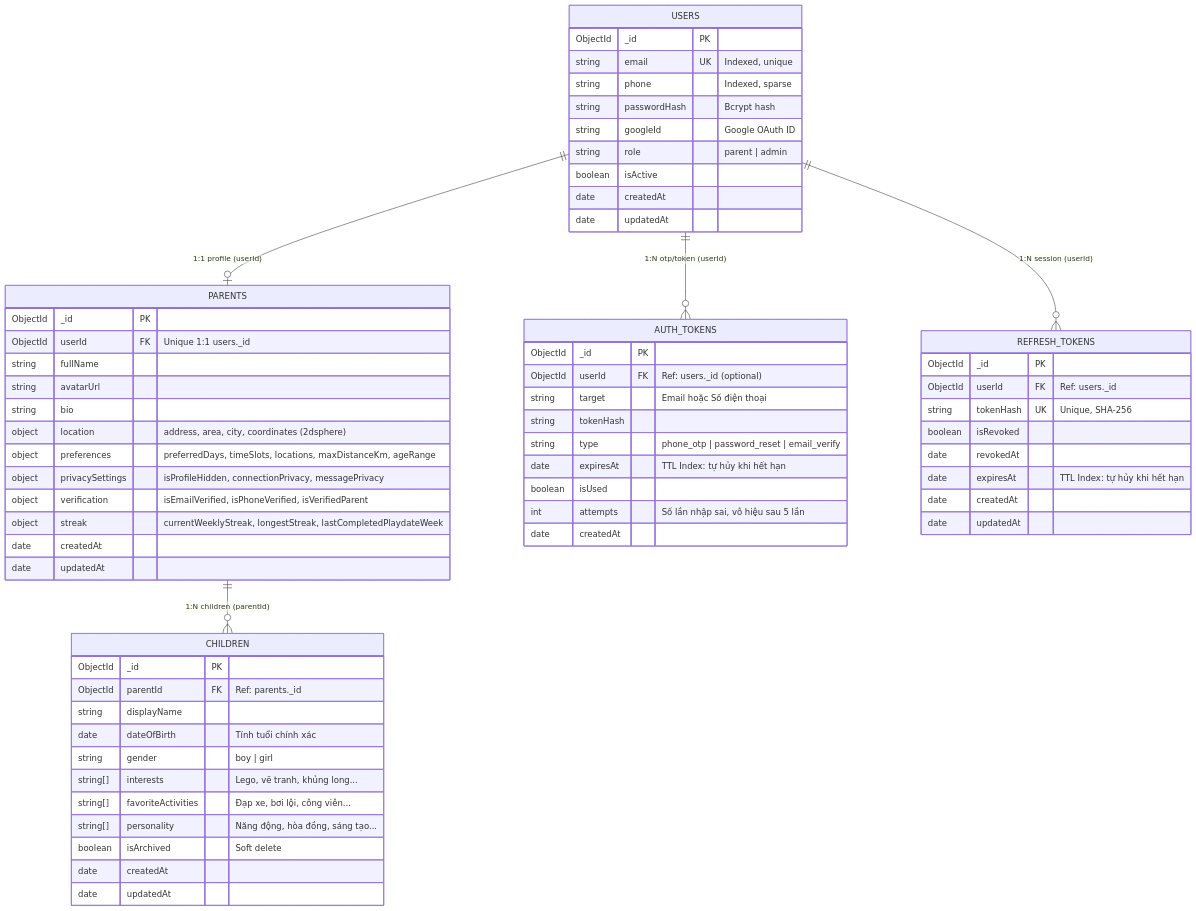
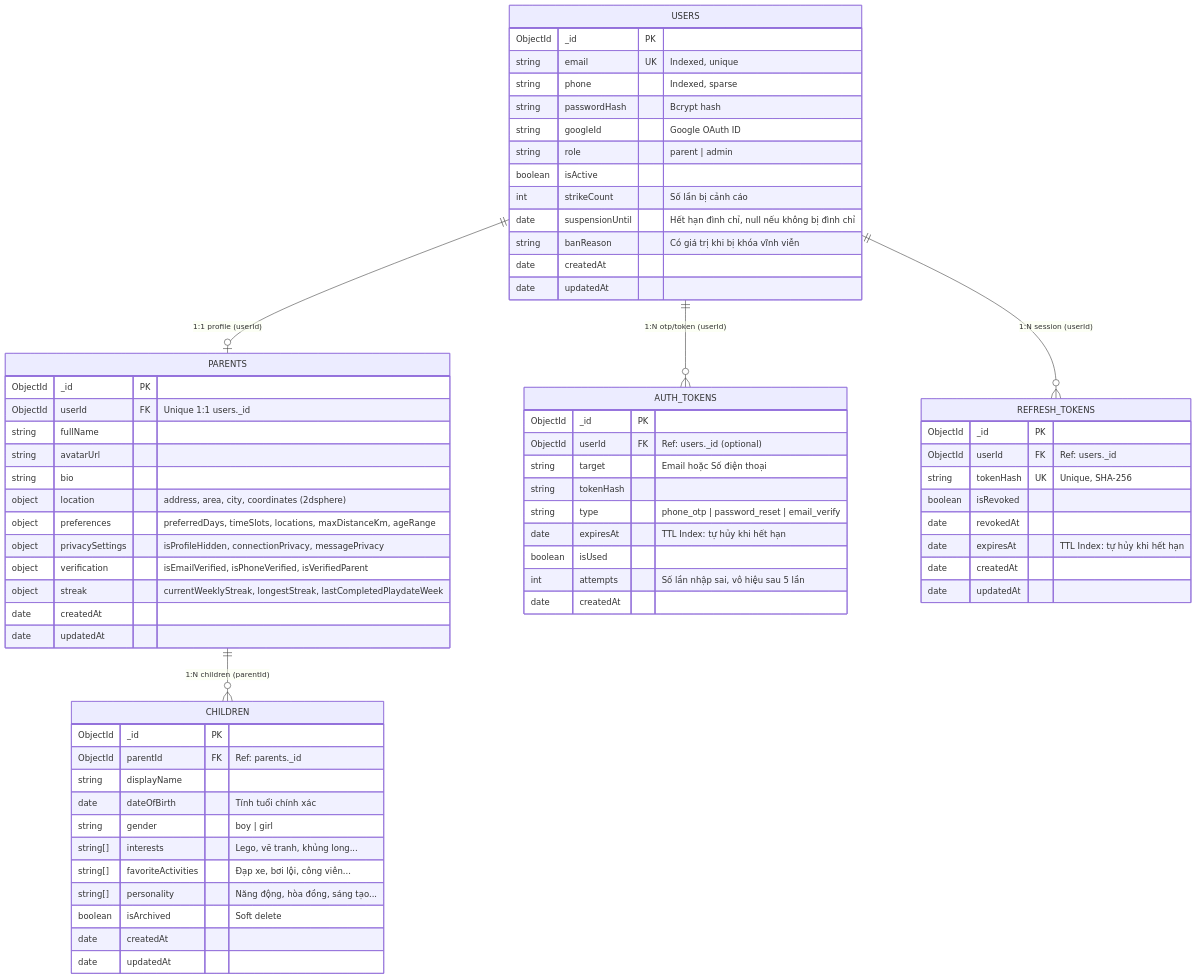
One commit to BuddyLink-Team/Back-End changed the second of 8 diagrams in docs/DATABASE_SCHEMA.md. Above: the diagram before and after it, drawn with Mermaid. The commit also changed other lines of this file and 40 other files, not shown here.

````diff
--- a/docs/DATABASE_SCHEMA.md
+++ b/docs/DATABASE_SCHEMA.md
@@ -122,71 +122,74 @@
 ```mermaid
 erDiagram
     USERS ||--o| PARENTS : "1:1 profile (userId)"
     USERS ||--o{ AUTH_TOKENS : "1:N otp/token (userId)"
     USERS ||--o{ REFRESH_TOKENS : "1:N session (userId)"
     PARENTS ||--o{ CHILDREN : "1:N children (parentId)"
 
     USERS {
         ObjectId _id PK
         string email UK "Indexed, unique"
         string phone "Indexed, sparse"
         string passwordHash "Bcrypt hash"
         string googleId "Google OAuth ID"
         string role "parent | admin"
         boolean isActive
+        int strikeCount "Số lần bị cảnh cáo"
+        date suspensionUntil "Hết hạn đình chỉ, null nếu không bị đình chỉ"
+        string banReason "Có giá trị khi bị khóa vĩnh viễn"
         date createdAt
         date updatedAt
     }
 
     PARENTS {
         ObjectId _id PK
         ObjectId userId FK "Unique 1:1 users._id"
         string fullName
         string avatarUrl
         string bio
         object location "address, area, city, coordinates (2dsphere)"
         object preferences "preferredDays, timeSlots, locations, maxDistanceKm, ageRange"
         object privacySettings "isProfileHidden, connectionPrivacy, messagePrivacy"
         object verification "isEmailVerified, isPhoneVerified, isVerifiedParent"
         object streak "currentWeeklyStreak, longestStreak, lastCompletedPlaydateWeek"
         date createdAt
         date updatedAt
     }
 
     CHILDREN {
         ObjectId _id PK
         ObjectId parentId FK "Ref: parents._id"
         string displayName
         date dateOfBirth "Tính tuổi chính xác"
         string gender "boy | girl"
         string[] interests "Lego, vẽ tranh, khủng long..."
         string[] favoriteActivities "Đạp xe, bơi lội, công viên..."
         string[] personality "Năng động, hòa đồng, sáng tạo..."
         boolean isArchived "Soft delete"
         date createdAt
         date updatedAt
     }
 
     AUTH_TOKENS {
         ObjectId _id PK
         ObjectId userId FK "Ref: users._id (optional)"
         string target "Email hoặc Số điện thoại"
         string tokenHash
         string type "phone_otp | password_reset | email_verify"
         date expiresAt "TTL Index: tự hủy khi hết hạn"
         boolean isUsed
         int attempts "Số lần nhập sai, vô hiệu sau 5 lần"
         date createdAt
     }
 
     REFRESH_TOKENS {
         ObjectId _id PK
         ObjectId userId FK "Ref: users._id"
         string tokenHash UK "Unique, SHA-256"
         boolean isRevoked
         date revokedAt
         date expiresAt "TTL Index: tự hủy khi hết hạn"
         date createdAt
         date updatedAt
     }
 ```
````
